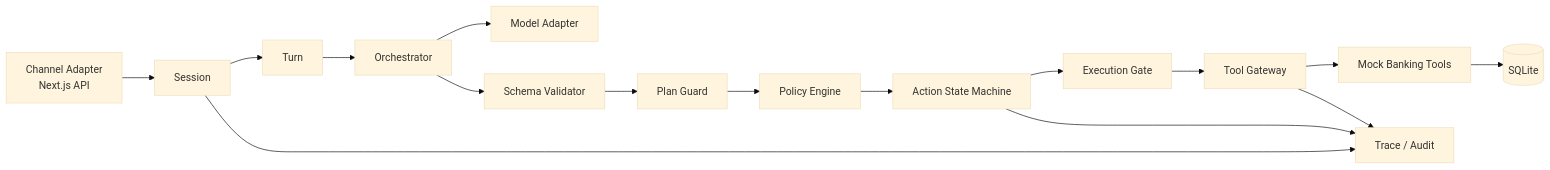
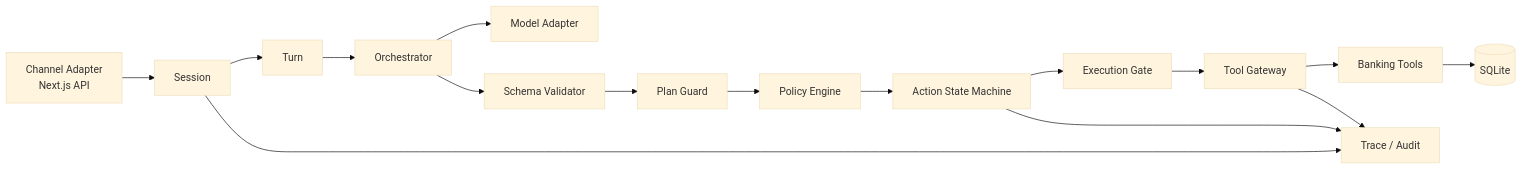
The diagram in docs/概要设计.md (cffa-as/bankagent), drawn with Mermaid (base theme) before and after one commit. The commit also changed other lines of this file and 19 other files, not shown here.

````diff
--- a/docs/概要设计.md
+++ b/docs/概要设计.md
@@ -28,18 +28,18 @@
 ```mermaid
 flowchart LR
     C[Channel Adapter\nNext.js API] --> S[Session]
     S --> T[Turn]
     T --> O[Orchestrator]
     O --> M[Model Adapter]
     O --> V[Schema Validator]
     V --> G[Plan Guard]
     G --> P[Policy Engine]
     P --> A[Action State Machine]
     A --> E[Execution Gate]
     E --> W[Tool Gateway]
-    W --> L[Mock Banking Tools]
+    W --> L[Banking Tools]
     S --> R[Trace / Audit]
     A --> R
     W --> R
     L --> D[(SQLite)]
 ```
````
